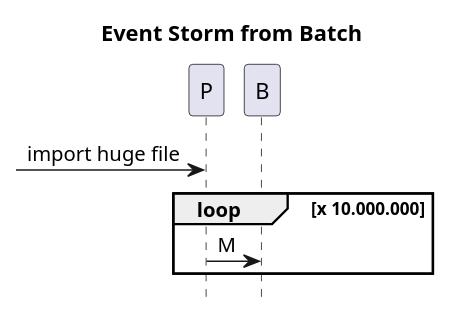
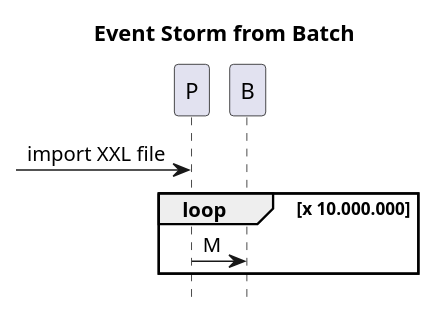
Before and after one commit to victorrentea/kafka: the diagram in patterns/9_storm_batch.puml, drawn with PlantUML. The commit also changed 6 other files, not shown here.

```diff
--- a/patterns/9_storm_batch.puml
+++ b/patterns/9_storm_batch.puml
@@ -1,10 +1,10 @@
 @startuml
 title Event Storm from Batch
 hide footbox
 
-->P:import huge file
+->P:import XXL file
 loop x 10.000.000
 P->B: M
 end
 
 @enduml
```
